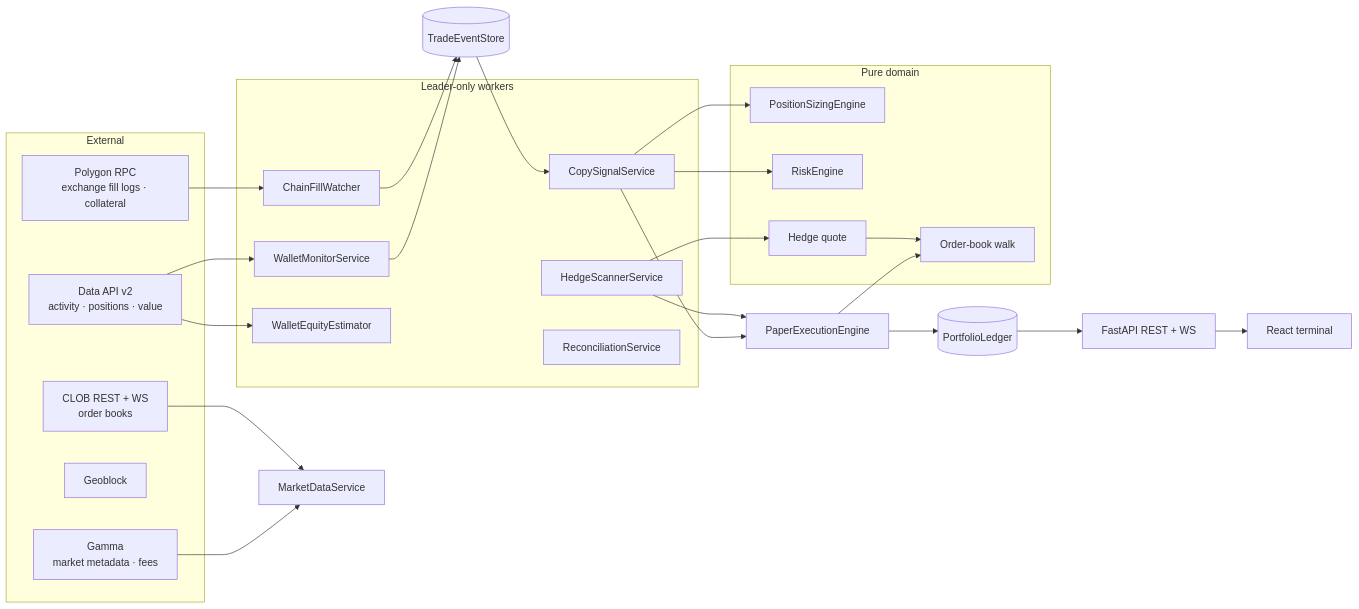
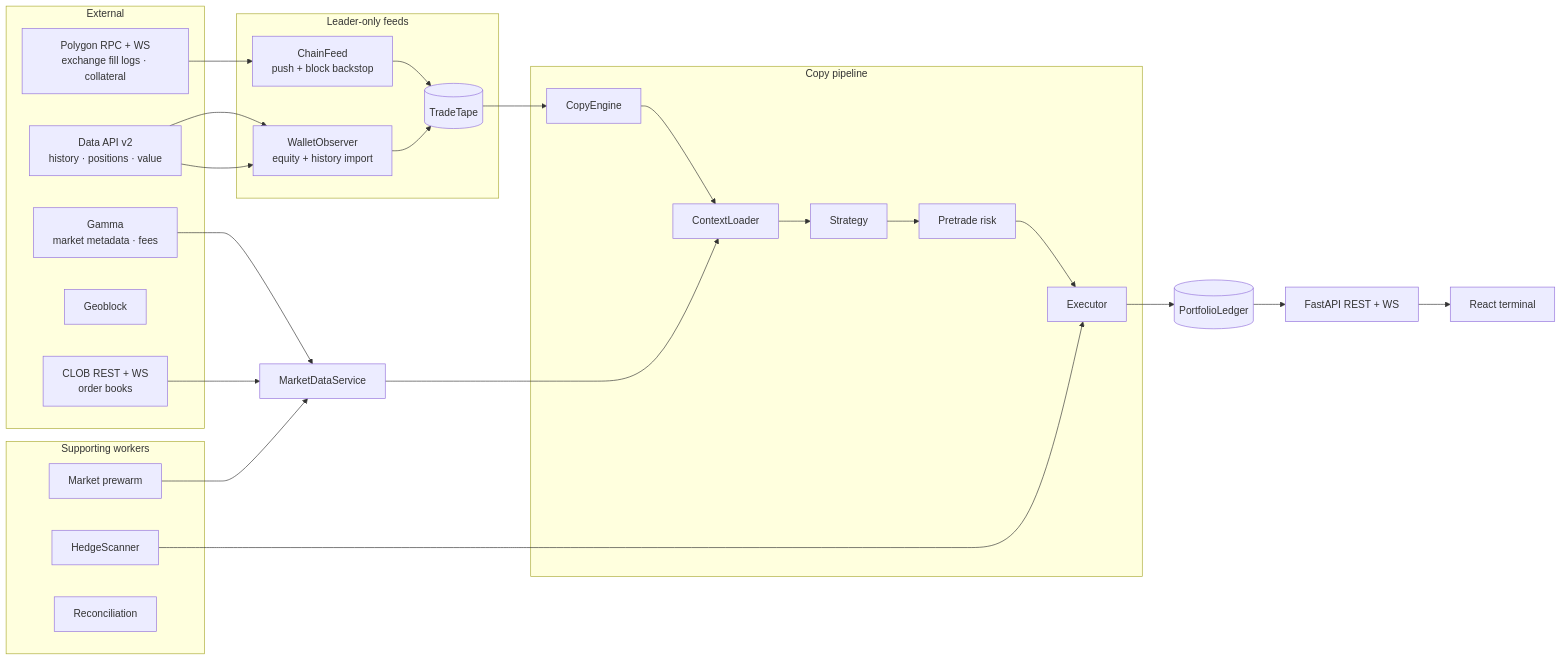
One commit to gokulsivaji03-svg/poly changed the first of 2 diagrams in docs/ARCHITECTURE.md. Above: the diagram before and after it, drawn with Mermaid. The commit also changed other lines of this file and 51 other files, not shown here.

First line of the commit message:
refactor(engine): stage copy pipeline around chain feed

````diff
--- a/docs/ARCHITECTURE.md
+++ b/docs/ARCHITECTURE.md
@@ -7,37 +7,39 @@
 ```mermaid
 flowchart LR
   subgraph External
-    DAPI[Data API v2<br/>activity · positions · value]
+    DAPI[Data API v2<br/>history · positions · value]
     GAMMA[Gamma<br/>market metadata · fees]
     CLOB[CLOB REST + WS<br/>order books]
     GEO[Geoblock]
-    RPC[Polygon RPC<br/>exchange fill logs · collateral]
+    RPC[Polygon RPC + WS<br/>exchange fill logs · collateral]
   end
-  subgraph Workers[Leader-only workers]
-    WM[WalletMonitorService]
-    CW[ChainFillWatcher]
-    EE[WalletEquityEstimator]
-    CS[CopySignalService]
-    HS[HedgeScannerService]
-    RC[ReconciliationService]
+  subgraph Feeds[Leader-only feeds]
+    CF[ChainFeed<br/>push + block backstop]
+    WO[WalletObserver<br/>equity + history import]
+    TP[(TradeTape)]
   end
-  subgraph Core[Pure domain]
-    SZ[PositionSizingEngine]
-    RK[RiskEngine]
-    FL[Order-book walk]
-    HQ[Hedge quote]
+  subgraph Pipeline[Copy pipeline]
+    CX[ContextLoader]
+    ST[Strategy]
+    RK[Pretrade risk]
+    CE[CopyEngine]
+    EX[Executor]
   end
-  DAPI --> WM --> TES[(TradeEventStore)]
-  RPC --> CW --> TES
-  DAPI --> EE
+  subgraph Supporting[Supporting workers]
+    PW[Market prewarm]
+    HS[HedgeScanner]
+    RC[Reconciliation]
+  end
+  RPC --> CF --> TP --> CE
+  DAPI --> WO --> TP
+  DAPI --> WO
   GAMMA --> MDS[MarketDataService]
   CLOB --> MDS
-  TES --> CS
-  CS --> SZ & RK
-  CS --> PEX[PaperExecutionEngine] --> FL
-  HS --> HQ --> FL
-  HS --> PEX
-  PEX --> LED[(PortfolioLedger)]
+  CE --> CX --> ST --> RK --> EX
+  MDS --> CX
+  PW --> MDS
+  HS --> EX
+  EX --> LED[(PortfolioLedger)]
   LED --> API[FastAPI REST + WS]
   API --> UI[React terminal]
 ```
````
